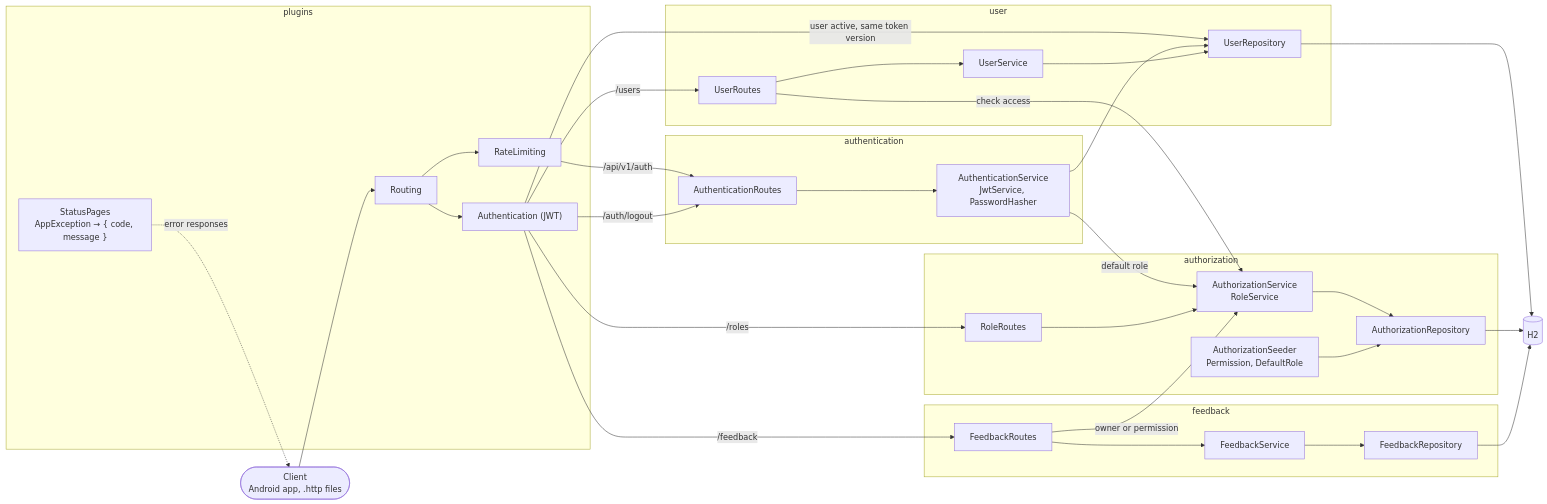
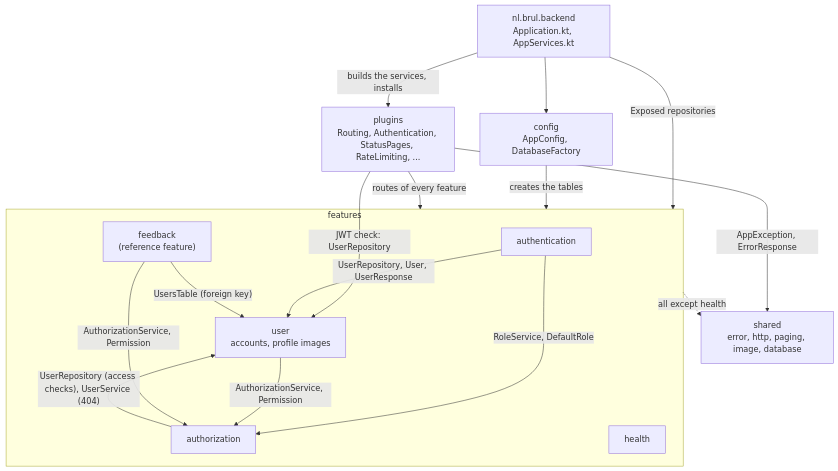
Before and after one commit to CleanPrompt/brul: the first of 2 diagrams in TECHNICAL_DESIGN.md, drawn with Mermaid. The commit also changed other lines of this file and 17 other files, not shown here.

Commit message:
Hardening: add class and sequence diagrams per feature

````diff
--- a/TECHNICAL_DESIGN.md
+++ b/TECHNICAL_DESIGN.md
@@ -31,63 +37,32 @@
 ```mermaid
-flowchart LR
-    Client(["Client<br/>Android app, .http files"])
+flowchart TB
+    root["nl.brul.backend<br/>Application.kt, AppServices.kt"]
+    config["config<br/>AppConfig, DatabaseFactory"]
+    plugins["plugins<br/>Routing, Authentication, StatusPages, RateLimiting, ..."]
 
-    subgraph plugins
-        Routing
-        RateLimit[RateLimiting]
-        Jwt["Authentication (JWT)"]
-        StatusPages["StatusPages<br/>AppException → { code, message }"]
+    subgraph features
+        authentication["authentication"]
+        authorization["authorization"]
+        user["user<br/>accounts, profile images"]
+        feedback["feedback<br/>(reference feature)"]
+        health["health"]
     end
 
-    subgraph authentication
-        AuthenticationRoutes
-        AuthenticationService["AuthenticationService<br/>JwtService, PasswordHasher"]
-    end
+    shared["shared<br/>error, http, paging, image, database"]
 
-    subgraph user
-        UserRoutes
-        UserService
-        UserRepository
-    end
+    root -->|builds the services, installs| plugins
+    root -->|Exposed repositories| features
+    root --> config
+    config -->|"creates the tables"| features
+    plugins -->|routes of every feature| features
+    plugins -->|"JWT check: UserRepository"| user
+    plugins -->|AppException, ErrorResponse| shared
 
-    subgraph authorization
-        RoleRoutes
-        AuthorizationService["AuthorizationService<br/>RoleService"]
-        AuthorizationRepository
-        Seeder["AuthorizationSeeder<br/>Permission, DefaultRole"]
-    end
-
-    subgraph feedback
-        FeedbackRoutes
-        FeedbackService
-        FeedbackRepository
-    end
-
-    DB[("H2")]
-
-    Client --> Routing
-    Routing --> RateLimit -->|/api/v1/auth| AuthenticationRoutes
-    Routing --> Jwt
-    Jwt -->|/auth/logout| AuthenticationRoutes
-    Jwt -->|/users| UserRoutes
-    Jwt -->|/roles| RoleRoutes
-    Jwt -->|/feedback| FeedbackRoutes
-    Jwt -->|"user active, same token version"| UserRepository
-
-    AuthenticationRoutes --> AuthenticationService
-    AuthenticationService --> UserRepository
-    AuthenticationService -->|default role| AuthorizationService
-
-    UserRoutes -->|check access| AuthorizationService
-    UserRoutes --> UserService --> UserRepository
-    RoleRoutes --> AuthorizationService
-    FeedbackRoutes -->|owner or permission| AuthorizationService
-    FeedbackRoutes --> FeedbackService --> FeedbackRepository
-
-    AuthorizationService --> AuthorizationRepository
-    Seeder --> AuthorizationRepository
-    UserRepository --> DB
-    AuthorizationRepository --> DB
-    FeedbackRepository --> DB
-    StatusPages -.->|error responses| Client
+    authentication -->|"UserRepository, User, UserResponse"| user
+    authentication -->|"RoleService, DefaultRole"| authorization
+    authorization -->|"UserRepository (access checks), UserService (404)"| user
+    user -->|"AuthorizationService, Permission"| authorization
+    feedback -->|"AuthorizationService, Permission"| authorization
+    feedback -->|"UsersTable (foreign key)"| user
+    features -.->|"all except health"| shared
 ```
````
